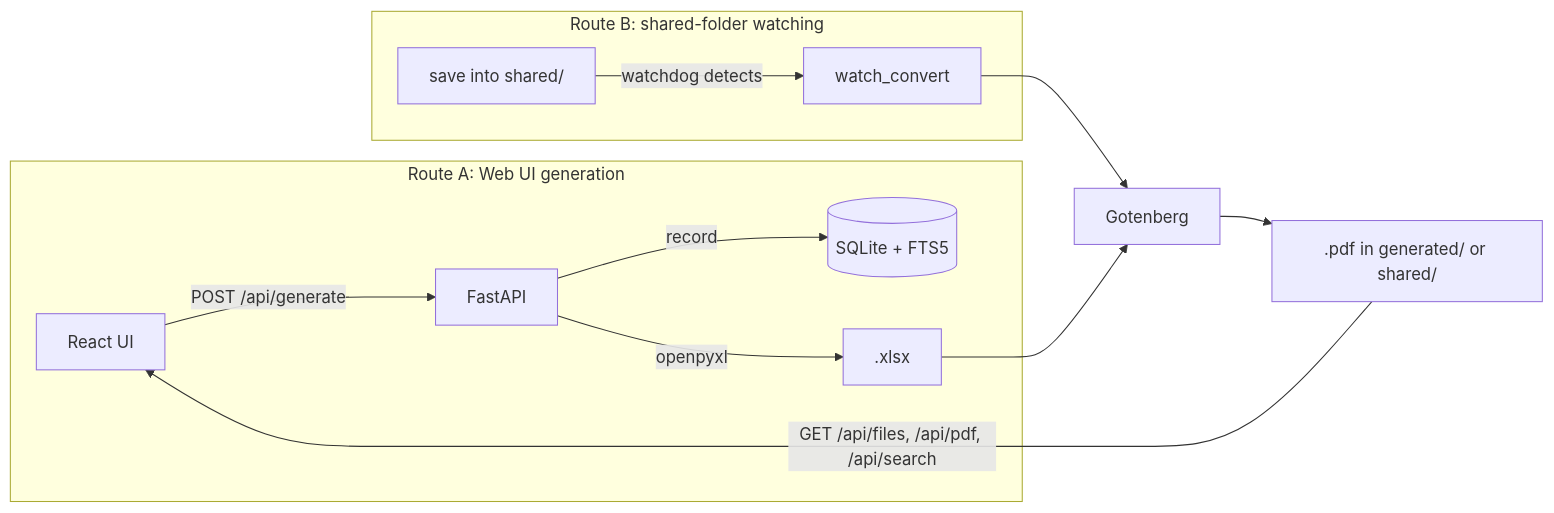
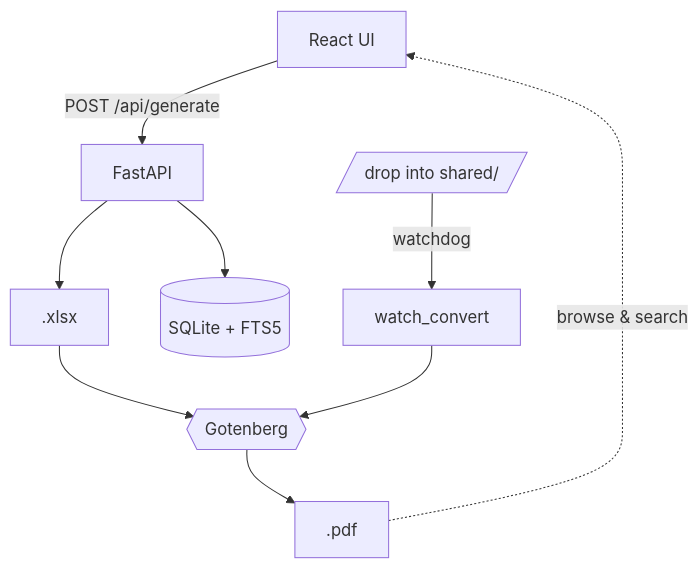
Before and after one commit to yktsnet/excel-kanri: the diagram in README.en.md, drawn with Mermaid. The commit also changed 1 other file, not shown here.

Commit message:
docs(readme): switch architecture diagram to TD
2つの入口が Gotenberg で合流する構造が LR では見えないため TD にする。
幅を押し広げていた API 列挙のエッジラベルは本文へ退避。

````diff
--- a/README.en.md
+++ b/README.en.md
@@ -38,18 +40,11 @@
 ```mermaid
-graph LR
-    subgraph routeA["Route A: Web UI generation"]
-        UI["React UI"] -->|"POST /api/generate"| API["FastAPI"]
-        API -->|"record"| DB[("SQLite + FTS5")]
-        API -->|"openpyxl"| XLSX[".xlsx"]
-    end
-
-    subgraph routeB["Route B: shared-folder watching"]
-        SHARED["save into shared/"] -->|"watchdog detects"| WATCH["watch_convert"]
-    end
-
-    XLSX --> GB["Gotenberg"]
+flowchart TD
+    UI["React UI"] -->|"POST /api/generate"| API["FastAPI"]
+    SHARED[/"drop into shared/"/] -->|"watchdog"| WATCH["watch_convert"]
+    API --> XLSX[".xlsx"]
+    API --> DB[("SQLite + FTS5")]
+    XLSX --> GB{{"Gotenberg"}}
     WATCH --> GB
-    GB --> PDF[".pdf in generated/ or shared/"]
-
-    PDF -->|"GET /api/files, /api/pdf, /api/search"| UI
+    GB --> PDF[".pdf"]
+    PDF -.->|"browse & search"| UI
 ```
````
